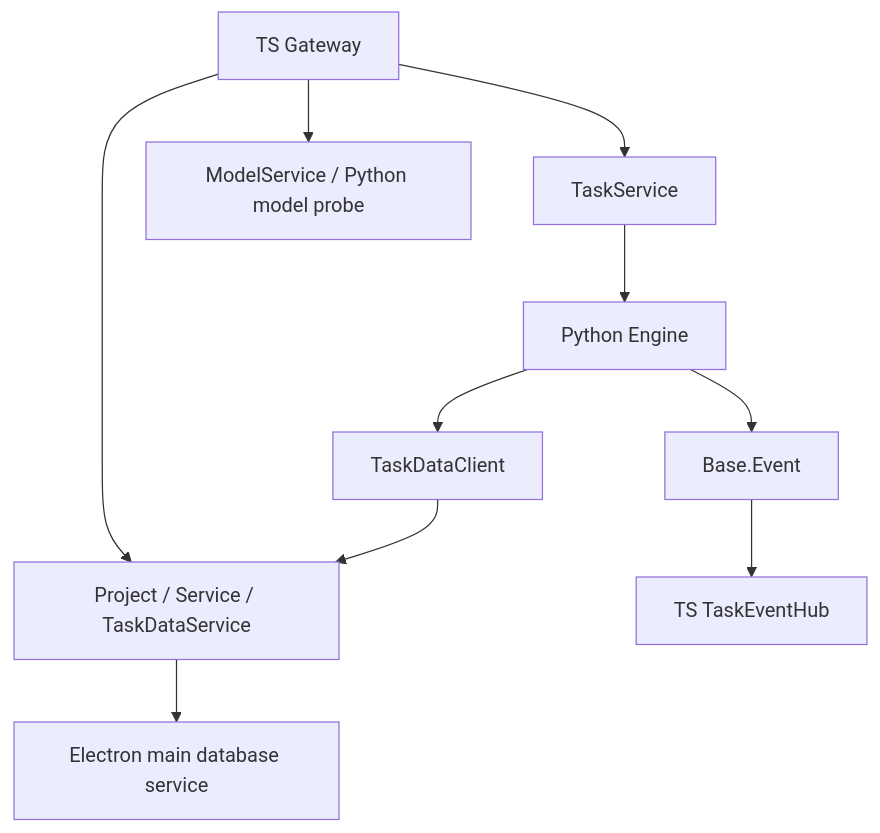
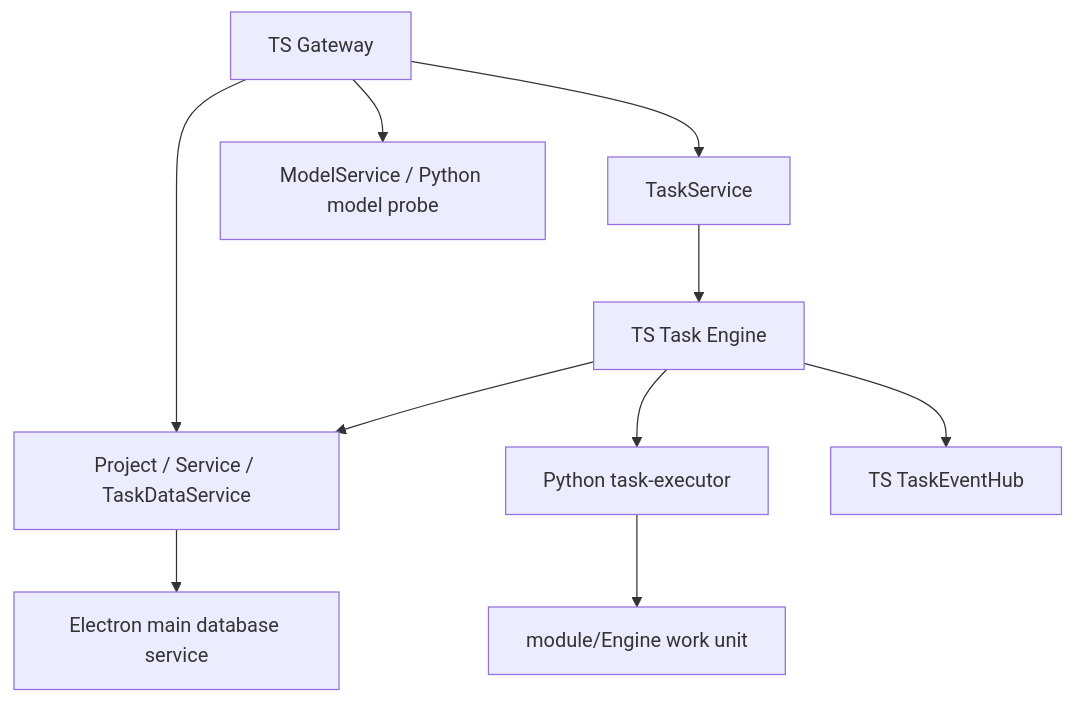
One commit to neavo/LinguaGacha changed the first of 4 diagrams in docs/DATA.md. Above: the diagram before and after it, drawn with Mermaid. The commit also changed other lines of this file and 67 other files, not shown here.

````diff
--- a/docs/DATA.md
+++ b/docs/DATA.md
@@ -17,12 +18,12 @@
 ```mermaid
 flowchart TD
     A["TS Gateway"] --> B["Project / Service / TaskDataService"]
     B --> C["Electron main database service"]
     A --> D["TaskService"]
-    D --> E["Python Engine"]
-    E --> F["TaskDataClient"]
-    F --> B
-    E --> G["Base.Event"]
-    G --> H["TS TaskEventHub"]
+    D --> E["TS Task Engine"]
+    E --> F["Python task-executor"]
+    F --> G["module/Engine work unit"]
+    E --> B
+    E --> H["TS TaskEventHub"]
     A --> I["ModelService / Python model probe"]
 ```
````
